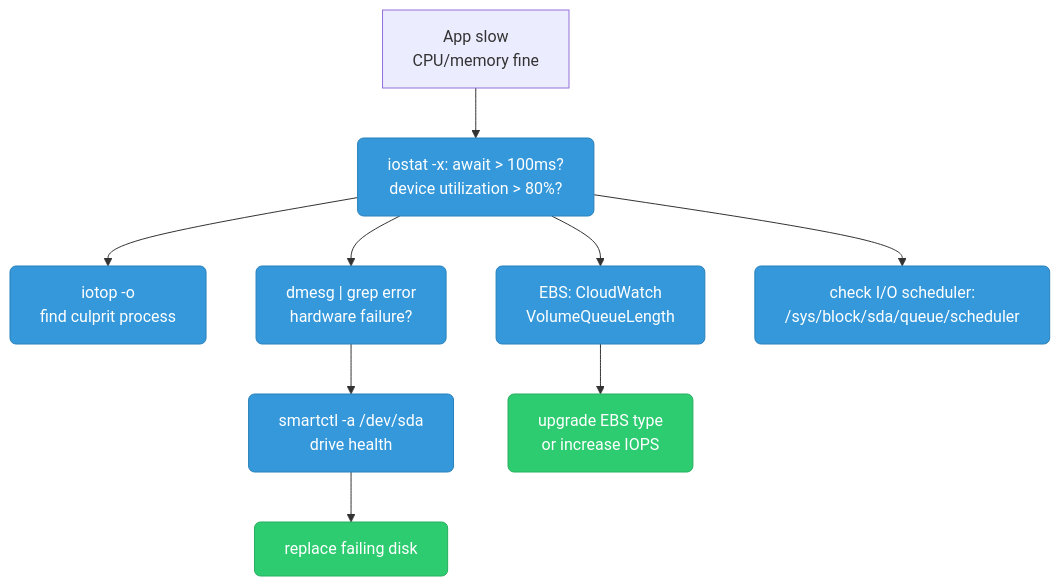
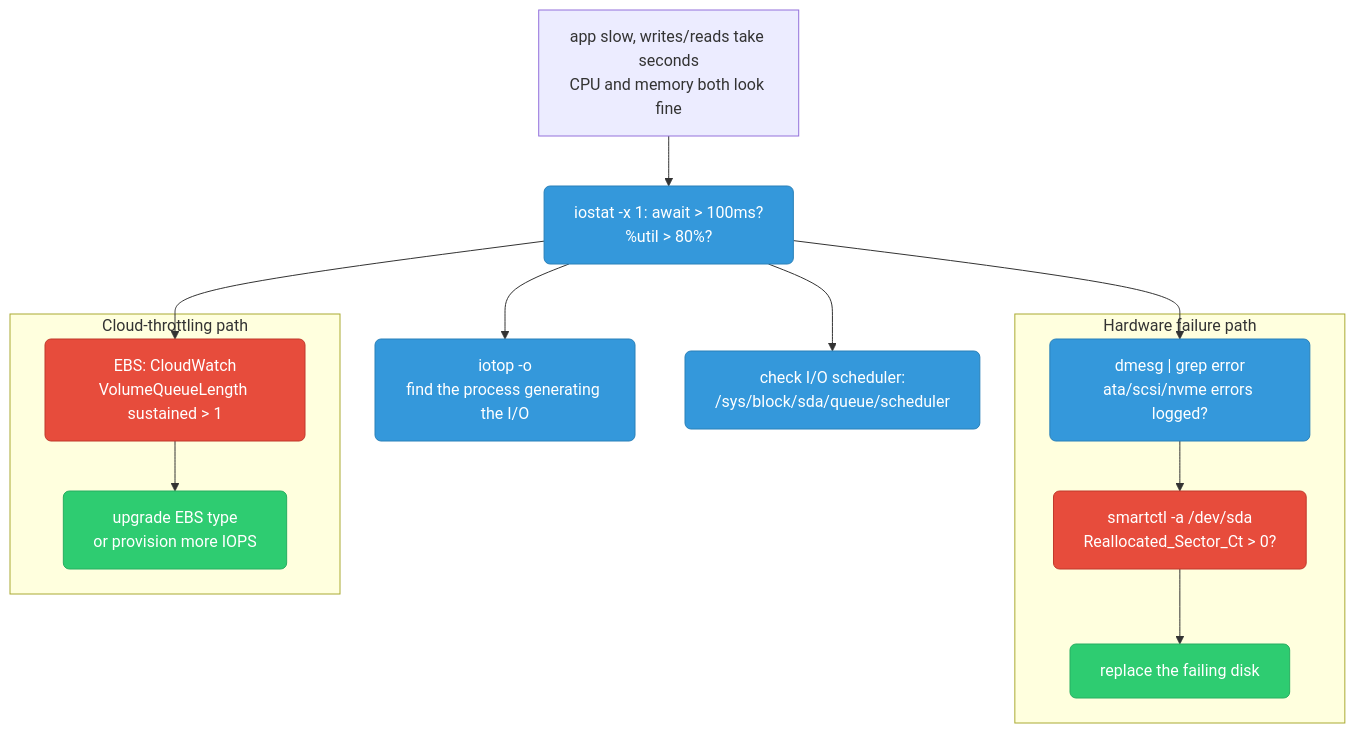
Before and after one commit to deepanshu-rawat6/DevOpsIndex: the sixth of 10 diagrams in sre/linux-debugging.md, drawn with Mermaid. The commit also changed other lines of this file and 10 other files, not shown here.

````diff
--- a/sre/linux-debugging.md
+++ b/sre/linux-debugging.md
@@ -277,21 +420,27 @@
 ```mermaid
 graph TD
     classDef check fill:#3498db,stroke:#2980b9,color:#fff,rx:6
     classDef fix fill:#2ecc71,stroke:#27ae60,color:#fff,rx:6
     classDef warn fill:#e74c3c,stroke:#c0392b,color:#fff,rx:6
 
-    START["App slow<br/>CPU/memory fine"]
-    IOSTAT["iostat -x: await > 100ms?<br/>device utilization > 80%?"]:::check
-    IOTOP["iotop -o<br/>find culprit process"]:::check
-    DMESG["dmesg | grep error<br/>hardware failure?"]:::check
-    SMART["smartctl -a /dev/sda<br/>drive health"]:::check
-    AWS["EBS: CloudWatch<br/>VolumeQueueLength"]:::check
+    START["app slow, writes/reads take seconds<br/>CPU and memory both look fine"]
+    IOSTAT["iostat -x 1: await > 100ms?<br/>%util > 80%?"]:::check
+    IOTOP["iotop -o<br/>find the process generating the I/O"]:::check
     SCHED["check I/O scheduler:<br/>/sys/block/sda/queue/scheduler"]:::check
-    REPLACE["replace failing disk"]:::fix
-    UPGRADE["upgrade EBS type<br/>or increase IOPS"]:::fix
+
+    subgraph HW["Hardware failure path"]
+        DMESG["dmesg | grep error<br/>ata/scsi/nvme errors logged?"]:::check
+        SMART["smartctl -a /dev/sda<br/>Reallocated_Sector_Ct > 0?"]:::warn
+        REPLACE["replace the failing disk"]:::fix
+    end
+
+    subgraph CLOUD["Cloud-throttling path"]
+        AWS["EBS: CloudWatch<br/>VolumeQueueLength sustained > 1"]:::warn
+        UPGRADE["upgrade EBS type<br/>or provision more IOPS"]:::fix
+    end
 
     START --> IOSTAT --> IOTOP
     IOSTAT --> DMESG --> SMART --> REPLACE
     IOSTAT --> AWS --> UPGRADE
     IOSTAT --> SCHED
 ```
````
